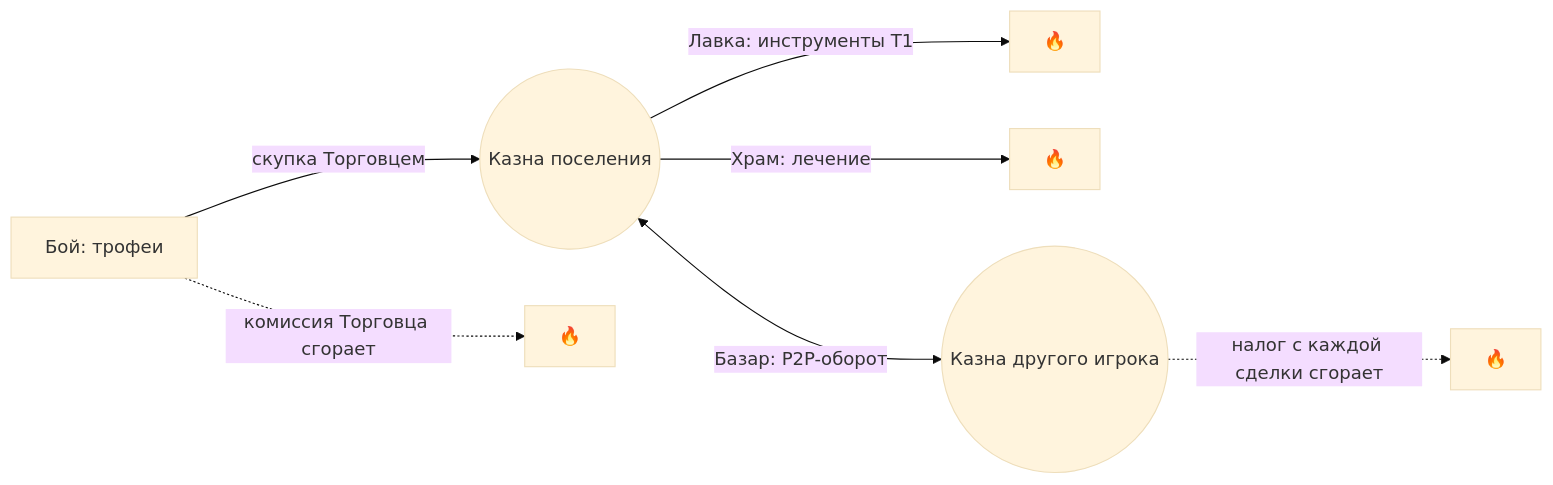
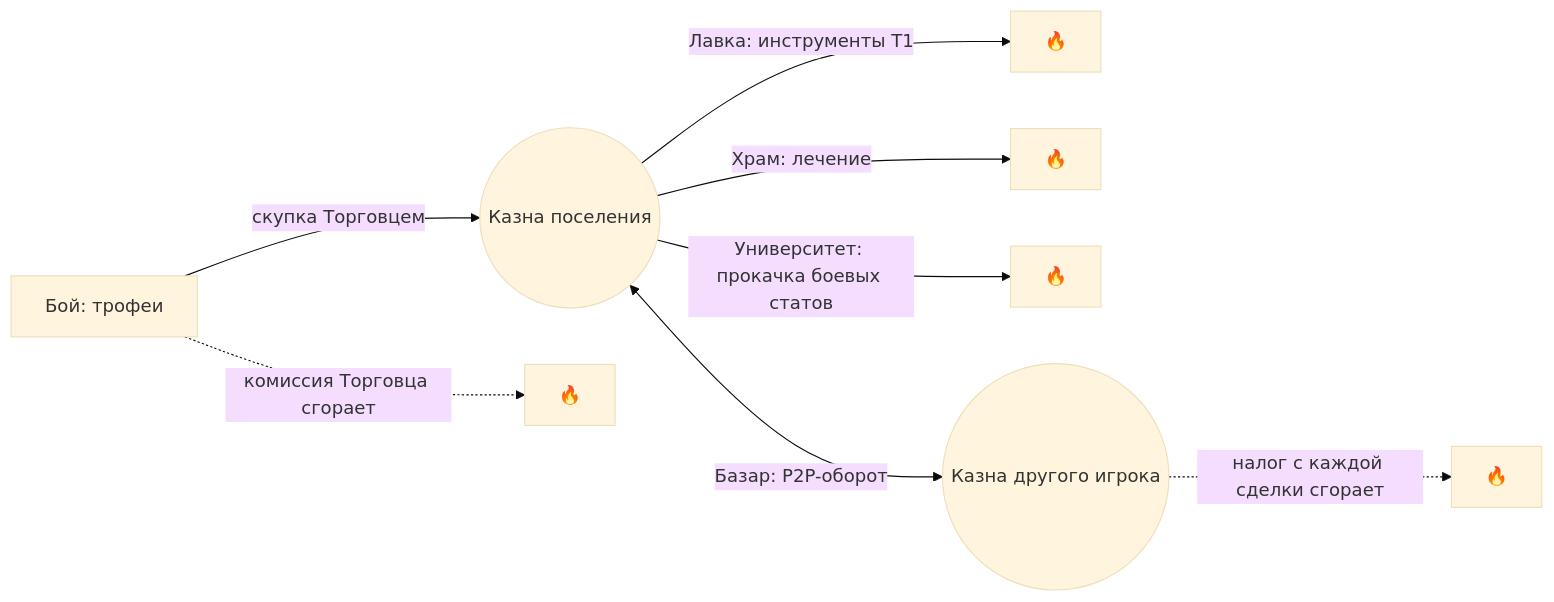
The diagram in docs/03-системы/экономика-и-базар.md (ITrubnikov/Train_of_Thought-Cognopolis-wiki), drawn with Mermaid (base theme) before and after one commit. The commit also changed other lines of this file and 8 other files, not shown here.

````diff
--- a/docs/03-системы/экономика-и-базар.md
+++ b/docs/03-системы/экономика-и-базар.md
@@ -17,9 +17,10 @@
 ```mermaid
 flowchart LR
     B[Бой: трофеи] -->|скупка Торговцем| T((Казна поселения))
     B -.->|комиссия Торговца сгорает| X1[🔥]
     T -->|Лавка: инструменты T1| X2[🔥]
     T -->|Храм: лечение| X3[🔥]
+    T -->|Университет: прокачка боевых статов| X5[🔥]
     T <-->|Базар: P2P-оборот| T2((Казна другого игрока))
     T2 -.->|налог с каждой сделки сгорает| X4[🔥]
 ```
````
